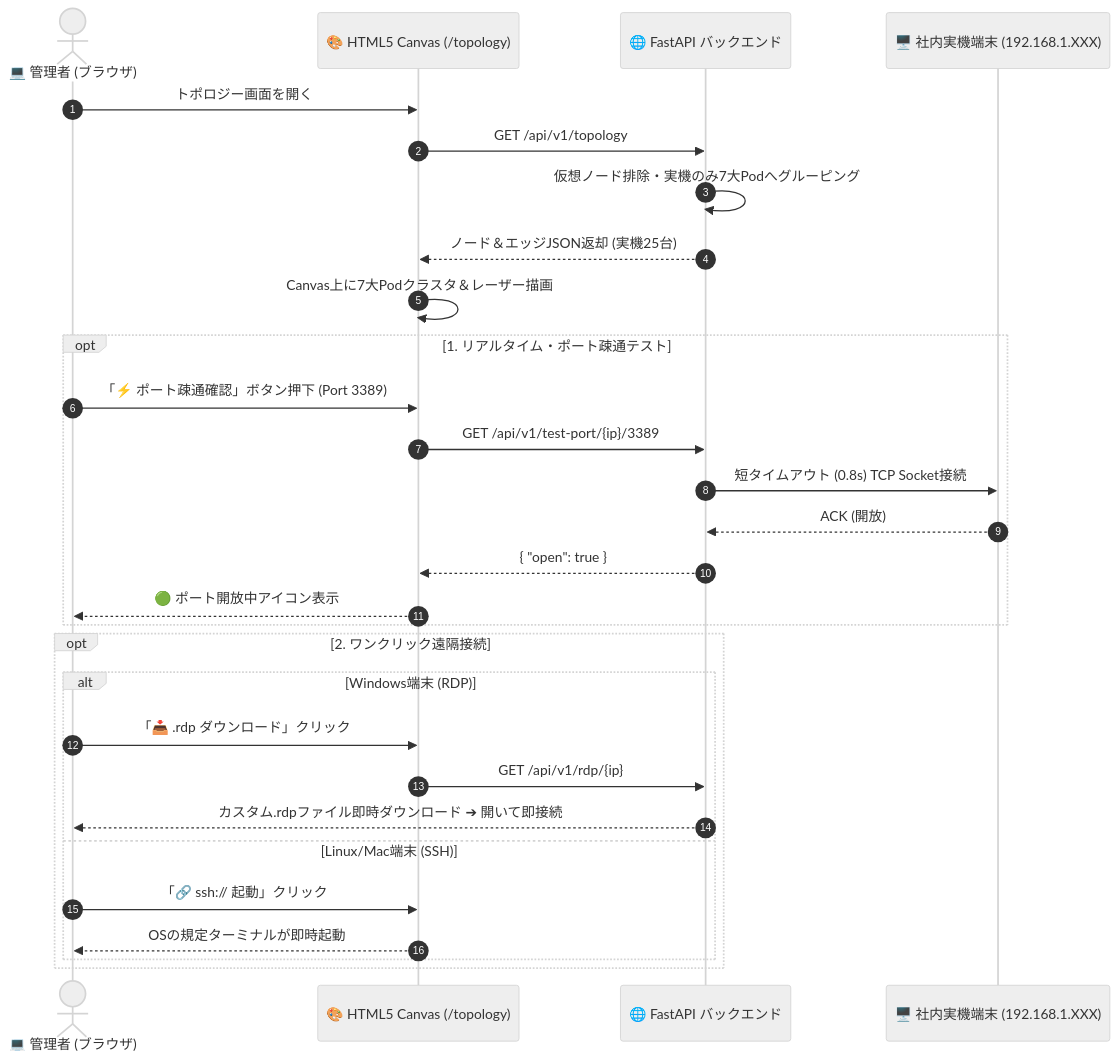
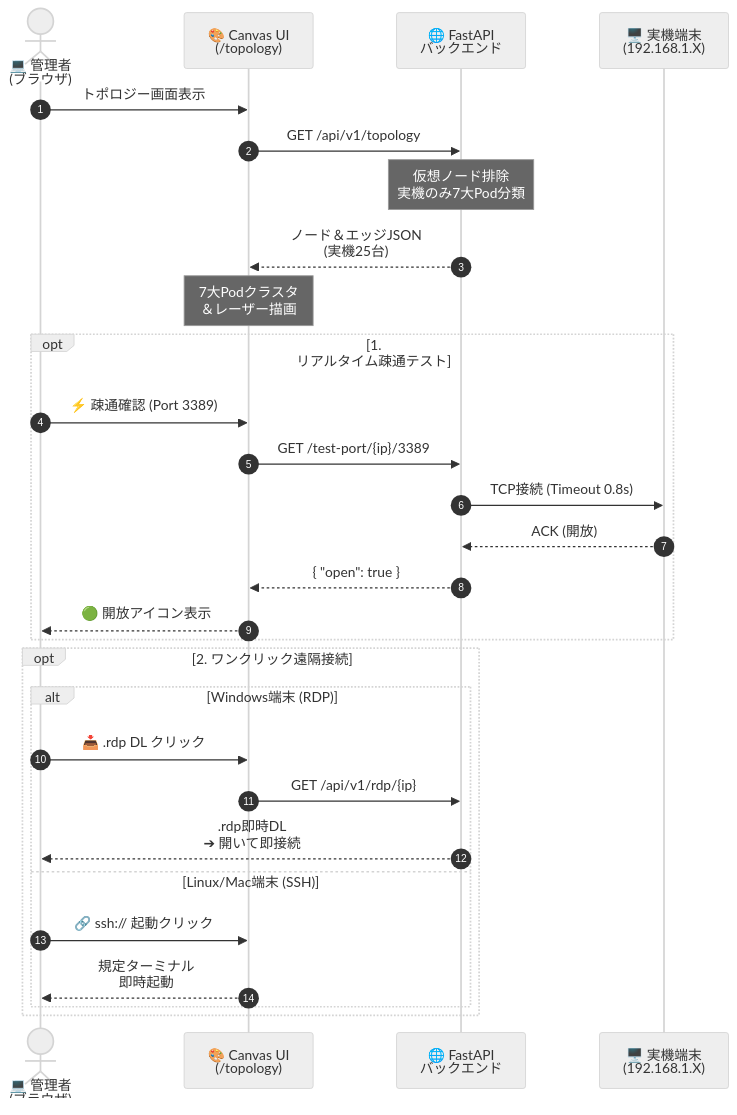
One commit to ojisantech/ojisan-arsenal changed the diagram in QIITA_ARTICLE_DETAIL_6.md. Above: the diagram before and after it, drawn with Mermaid (neutral theme).

Commit message:
docs: 第6弾 詳細技術リファレンス公開およびREADMEリンク更新

````diff
--- a/QIITA_ARTICLE_DETAIL_6.md
+++ b/QIITA_ARTICLE_DETAIL_6.md
@@ -35,34 +35,34 @@
 ```mermaid
 sequenceDiagram
     autonumber
-    actor Admin as 💻 管理者 (ブラウザ)
-    participant UI as 🎨 HTML5 Canvas (/topology)
-    participant API as 🌐 FastAPI バックエンド
-    participant Target as 🖥️ 社内実機端末 (192.168.1.XXX)
+    actor Admin as 💻 管理者<br/>(ブラウザ)
+    participant UI as 🎨 Canvas UI<br/>(/topology)
+    participant API as 🌐 FastAPI<br/>バックエンド
+    participant Target as 🖥️ 実機端末<br/>(192.168.1.X)
 
-    Admin->>UI: トポロジー画面を開く
+    Admin->>UI: トポロジー画面表示
     UI->>API: GET /api/v1/topology
-    API->>API: 仮想ノード排除・実機のみ7大Podへグルーピング
-    API-->>UI: ノード＆エッジJSON返却 (実機25台)
-    UI->>UI: Canvas上に7大Podクラスタ＆レーザー描画
+    Note over API: 仮想ノード排除<br/>実機のみ7大Pod分類
+    API-->>UI: ノード＆エッジJSON<br/>(実機25台)
+    Note over UI: 7大Podクラスタ<br/>＆レーザー描画
 
-    opt 1. リアルタイム・ポート疎通テスト
-        Admin->>UI: 「⚡ ポート疎通確認」ボタン押下 (Port 3389)
-        UI->>API: GET /api/v1/test-port/{ip}/3389
-        API->>Target: 短タイムアウト (0.8s) TCP Socket接続
+    opt 1. リアルタイム疎通テスト
+        Admin->>UI: ⚡ 疎通確認 (Port 3389)
+        UI->>API: GET /test-port/{ip}/3389
+        API->>Target: TCP接続 (Timeout 0.8s)
         Target-->>API: ACK (開放)
         API-->>UI: { "open": true }
-        UI-->>Admin: 🟢 ポート開放中アイコン表示
+        UI-->>Admin: 🟢 開放アイコン表示
     end
 
     opt 2. ワンクリック遠隔接続
         alt Windows端末 (RDP)
-            Admin->>UI: 「📥 .rdp ダウンロード」クリック
+            Admin->>UI: 📥 .rdp DL クリック
             UI->>API: GET /api/v1/rdp/{ip}
-            API-->>Admin: カスタム.rdpファイル即時ダウンロード ➔ 開いて即接続
+            API-->>Admin: .rdp即時DL<br/>➔ 開いて即接続
         else Linux/Mac端末 (SSH)
-            Admin->>UI: 「🔗 ssh:// 起動」クリック
-            UI-->>Admin: OSの規定ターミナルが即時起動
+            Admin->>UI: 🔗 ssh:// 起動クリック
+            UI-->>Admin: 規定ターミナル<br/>即時起動
         end
     end
 ```
````
